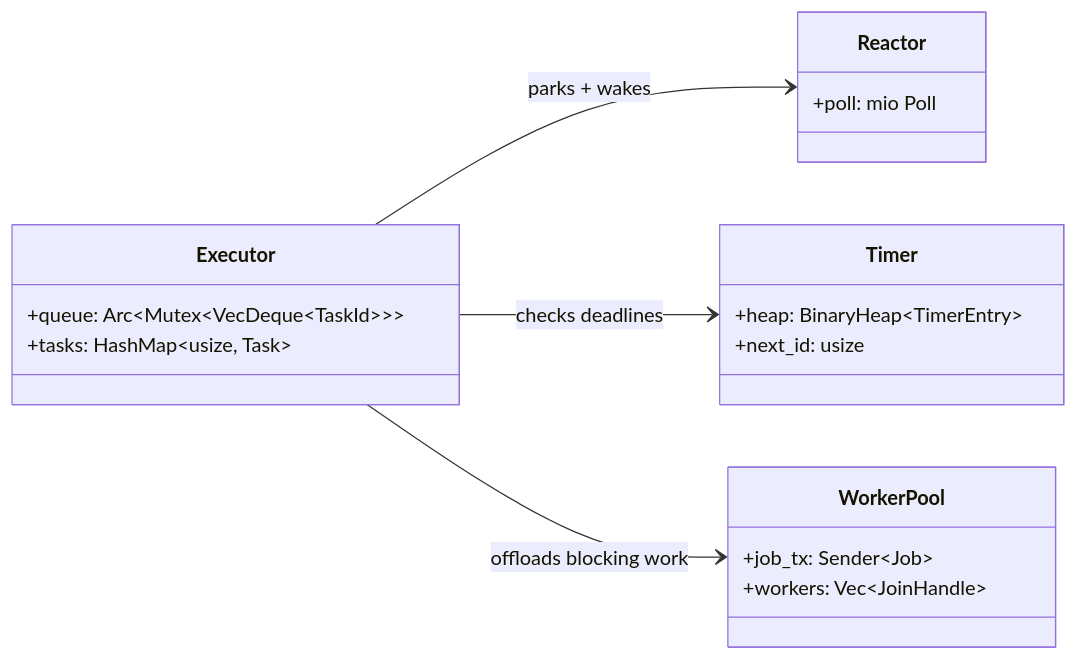
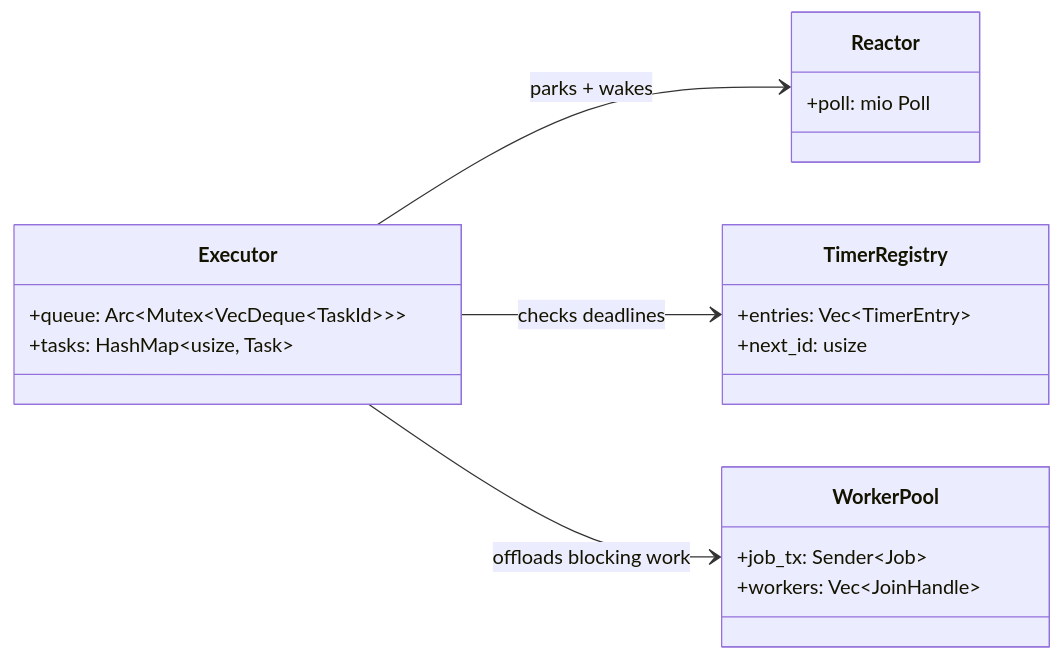
Before and after one commit to paulpeters144/mini-async-runtime: the diagram in docs/toplevel-runtime-components.md, drawn with Mermaid. The commit also changed 15 other files, not shown here.

First line of the commit message:
refactor: split time module and rename TimerHeap to TimerRegistry

````diff
--- a/docs/toplevel-runtime-components.md
+++ b/docs/toplevel-runtime-components.md
@@ -5,27 +5,27 @@
 ```mermaid
 classDiagram
     direction LR
 
     class Executor {
         +queue: Arc~Mutex~VecDeque~TaskId~~~
         +tasks: HashMap~usize, Task~
     }
 
     class Reactor {
         +poll: mio Poll
     }
 
-    class Timer {
-        +heap: BinaryHeap~TimerEntry~
+    class TimerRegistry {
+        +entries: Vec~TimerEntry~
         +next_id: usize
     }
 
     class WorkerPool {
         +job_tx: Sender~Job~
         +workers: Vec~JoinHandle~
     }
 
     Executor --> Reactor : parks + wakes
-    Executor --> Timer : checks deadlines
+    Executor --> TimerRegistry : checks deadlines
     Executor --> WorkerPool : offloads blocking work
 ```
````
